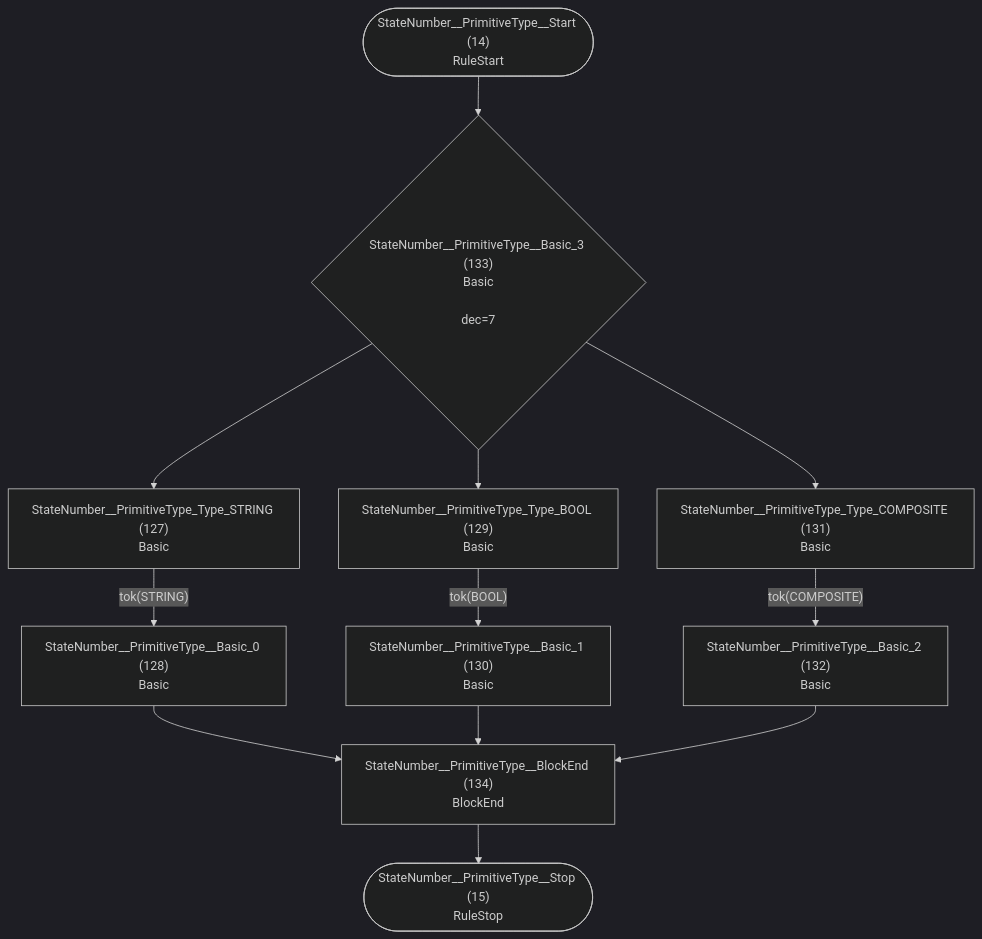
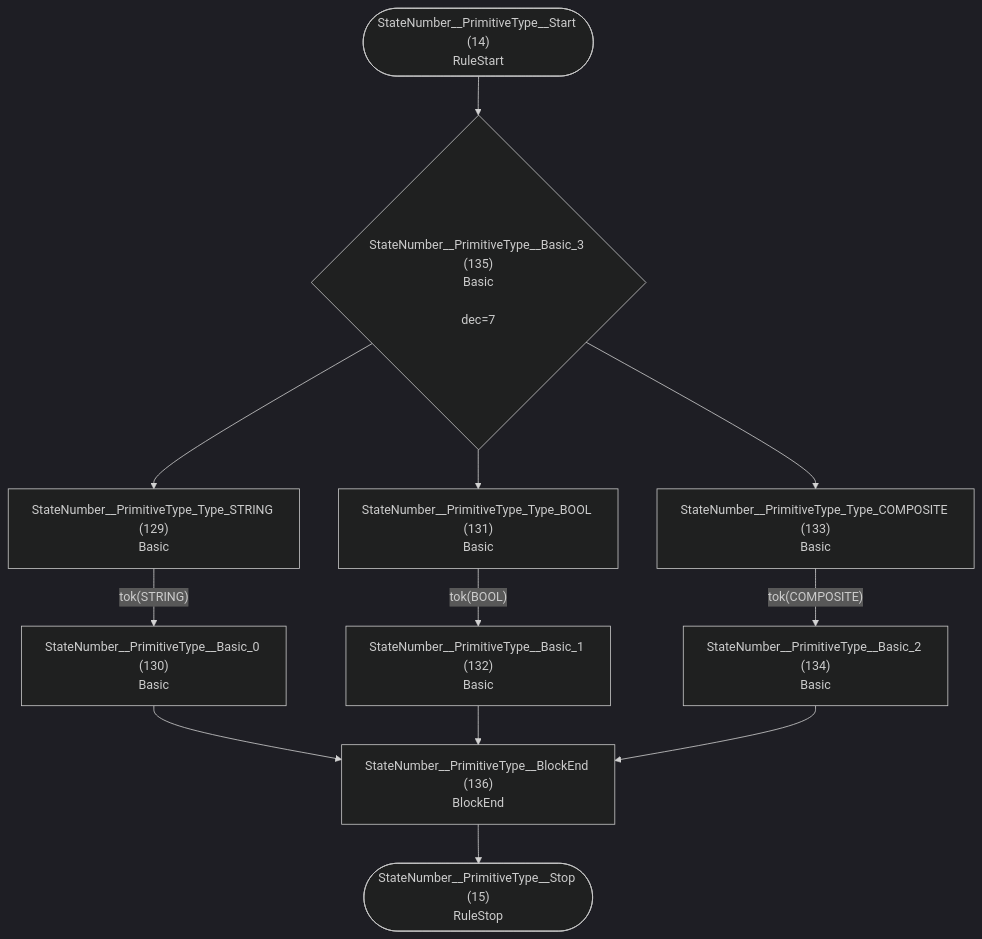
Before and after one commit to TypeFox/fastbelt: the eighth of 33 diagrams in internal/grammar/atn.md, drawn with Mermaid (dark theme). The commit also changed other lines of this file and 6 other files, not shown here.

````diff
--- a/internal/grammar/atn.md
+++ b/internal/grammar/atn.md
@@ -214,25 +214,25 @@
 ```mermaid
 flowchart TD
     q14(["StateNumber__PrimitiveType__Start (14)<br/>RuleStart"])
     q15(["StateNumber__PrimitiveType__Stop (15)<br/>RuleStop"])
-    q127["StateNumber__PrimitiveType_Type_STRING (127)<br/>Basic<br/>"]
-    q128["StateNumber__PrimitiveType__Basic_0 (128)<br/>Basic<br/>"]
-    q129["StateNumber__PrimitiveType_Type_BOOL (129)<br/>Basic<br/>"]
-    q130["StateNumber__PrimitiveType__Basic_1 (130)<br/>Basic<br/>"]
-    q131["StateNumber__PrimitiveType_Type_COMPOSITE (131)<br/>Basic<br/>"]
-    q132["StateNumber__PrimitiveType__Basic_2 (132)<br/>Basic<br/>"]
-    q133{"StateNumber__PrimitiveType__Basic_3 (133)<br/>Basic<br/><br/>dec=7"}
-    q134["StateNumber__PrimitiveType__BlockEnd (134)<br/>BlockEnd<br/>"]
+    q129["StateNumber__PrimitiveType_Type_STRING (129)<br/>Basic<br/>"]
+    q130["StateNumber__PrimitiveType__Basic_0 (130)<br/>Basic<br/>"]
+    q131["StateNumber__PrimitiveType_Type_BOOL (131)<br/>Basic<br/>"]
+    q132["StateNumber__PrimitiveType__Basic_1 (132)<br/>Basic<br/>"]
+    q133["StateNumber__PrimitiveType_Type_COMPOSITE (133)<br/>Basic<br/>"]
+    q134["StateNumber__PrimitiveType__Basic_2 (134)<br/>Basic<br/>"]
+    q135{"StateNumber__PrimitiveType__Basic_3 (135)<br/>Basic<br/><br/>dec=7"}
+    q136["StateNumber__PrimitiveType__BlockEnd (136)<br/>BlockEnd<br/>"]
 
-    q14 --> q133
-    q127 -->|"tok(STRING)"| q128
-    q128 --> q134
-    q129 -->|"tok(BOOL)"| q130
-    q130 --> q134
-    q131 -->|"tok(COMPOSITE)"| q132
-    q132 --> q134
-    q133 --> q127
-    q133 --> q129
-    q133 --> q131
-    q134 --> q15
+    q14 --> q135
+    q129 -->|"tok(STRING)"| q130
+    q130 --> q136
+    q131 -->|"tok(BOOL)"| q132
+    q132 --> q136
+    q133 -->|"tok(COMPOSITE)"| q134
+    q134 --> q136
+    q135 --> q129
+    q135 --> q131
+    q135 --> q133
+    q136 --> q15
 ```
````
